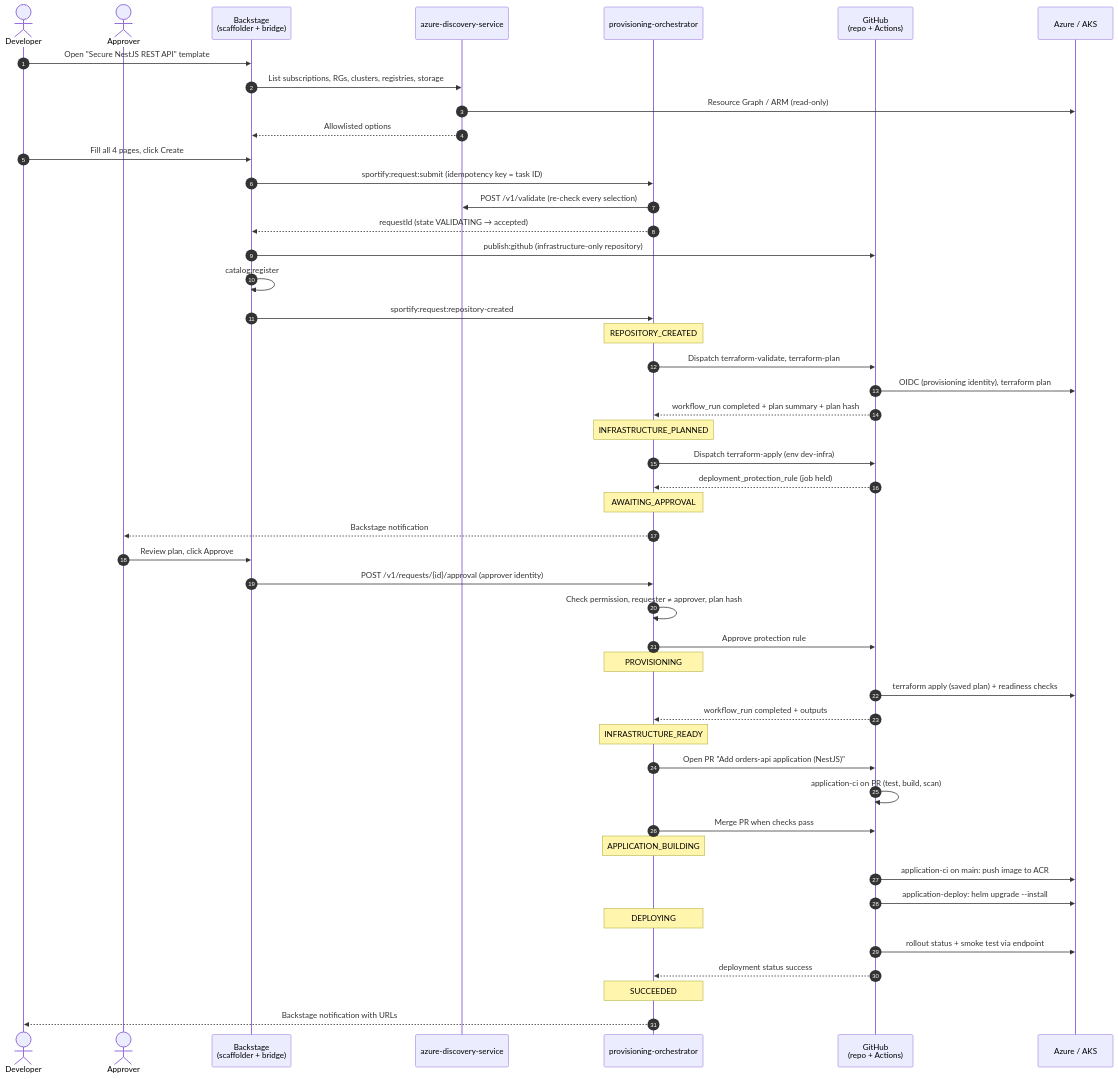
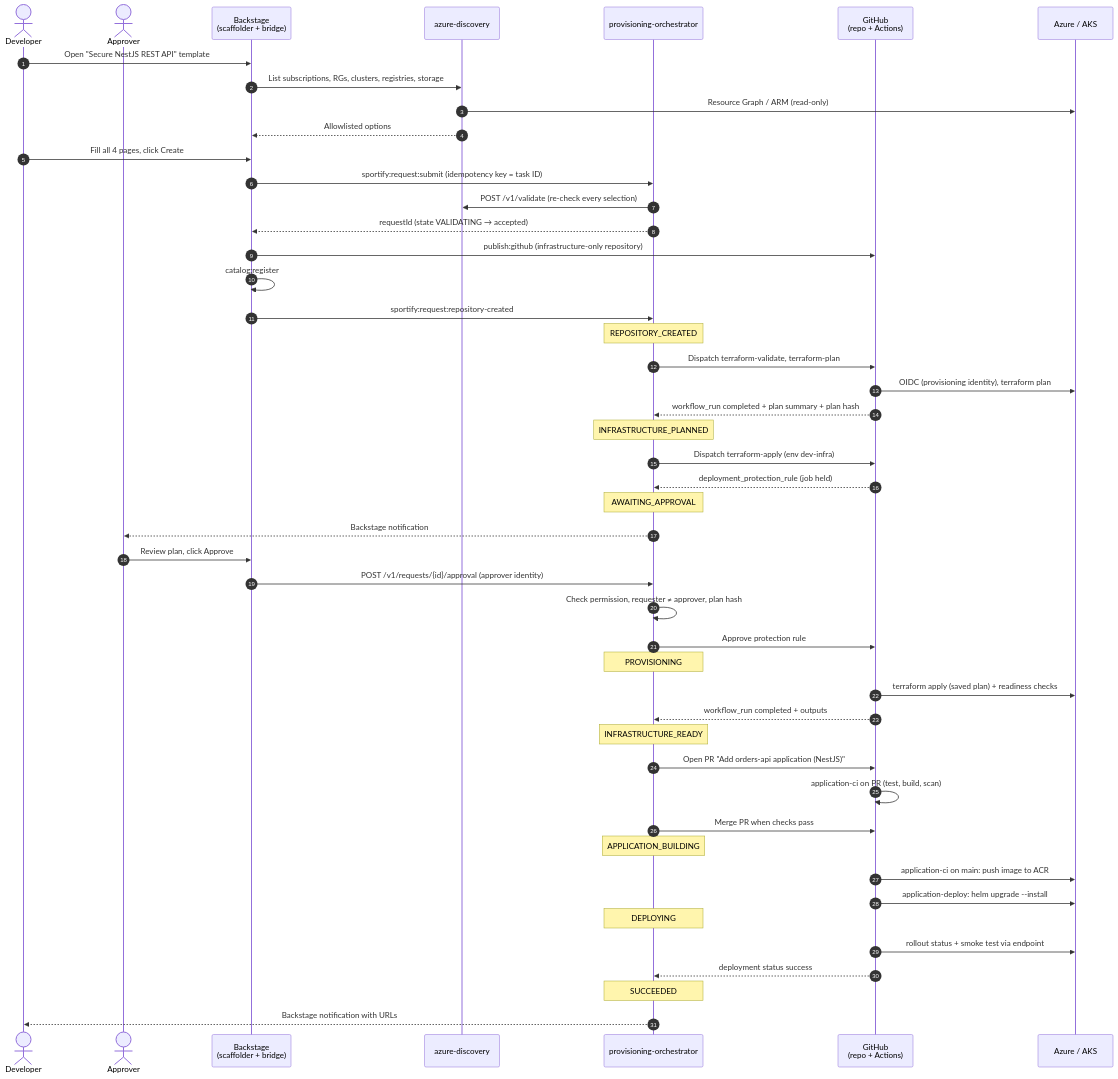
One commit to nixvarghese01/azure-backstage-goldenpath changed the diagram in docs/developer-guide/golden-path.md. Above: the diagram before and after it, drawn with Mermaid. The commit also changed other lines of this file and 9 other files, not shown here.

````diff
--- a/docs/developer-guide/golden-path.md
+++ b/docs/developer-guide/golden-path.md
@@ -37,53 +37,53 @@
 ```mermaid
 sequenceDiagram
     autonumber
     actor Dev as Developer
     actor Apr as Approver
     participant BS as Backstage<br/>(scaffolder + bridge)
-    participant Disc as azure-discovery-service
+    participant Disc as azure-discovery
     participant Orch as provisioning-orchestrator
     participant GH as GitHub<br/>(repo + Actions)
     participant Az as Azure / AKS
 
     Dev->>BS: Open "Secure NestJS REST API" template
     BS->>Disc: List subscriptions, RGs, clusters, registries, storage
     Disc->>Az: Resource Graph / ARM (read-only)
     Disc-->>BS: Allowlisted options
     Dev->>BS: Fill all 4 pages, click Create
     BS->>Orch: sportify:request:submit (idempotency key = task ID)
     Orch->>Disc: POST /v1/validate (re-check every selection)
     Orch-->>BS: requestId (state VALIDATING → accepted)
     BS->>GH: publish:github (infrastructure-only repository)
     BS->>BS: catalog:register
     BS->>Orch: sportify:request:repository-created
     Note over Orch: REPOSITORY_CREATED
 
     Orch->>GH: Dispatch terraform-validate, terraform-plan
     GH->>Az: OIDC (provisioning identity), terraform plan
     GH-->>Orch: workflow_run completed + plan summary + plan hash
     Note over Orch: INFRASTRUCTURE_PLANNED
     Orch->>GH: Dispatch terraform-apply (env dev-infra)
     GH-->>Orch: deployment_protection_rule (job held)
     Note over Orch: AWAITING_APPROVAL
     Orch-->>Apr: Backstage notification
     Apr->>BS: Review plan, click Approve
     BS->>Orch: POST /v1/requests/{id}/approval (approver identity)
     Orch->>Orch: Check permission, requester ≠ approver, plan hash
     Orch->>GH: Approve protection rule
     Note over Orch: PROVISIONING
     GH->>Az: terraform apply (saved plan) + readiness checks
     GH-->>Orch: workflow_run completed + outputs
     Note over Orch: INFRASTRUCTURE_READY
 
     Orch->>GH: Open PR "Add orders-api application (NestJS)"
     GH->>GH: application-ci on PR (test, build, scan)
     Orch->>GH: Merge PR when checks pass
     Note over Orch: APPLICATION_BUILDING
     GH->>Az: application-ci on main: push image to ACR
     GH->>Az: application-deploy: helm upgrade --install
     Note over Orch: DEPLOYING
     GH->>Az: rollout status + smoke test via endpoint
     GH-->>Orch: deployment status success
     Note over Orch: SUCCEEDED
     Orch-->>Dev: Backstage notification with URLs
 ```
````
